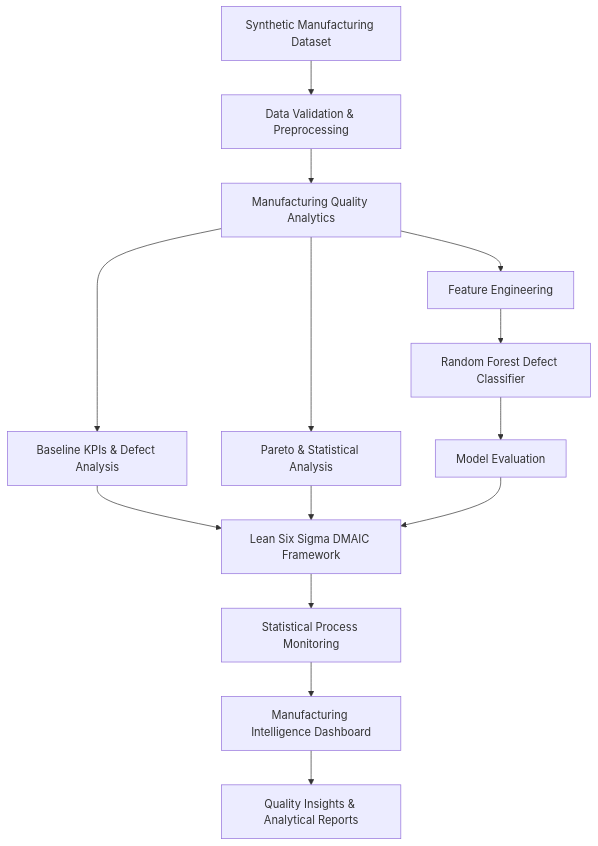
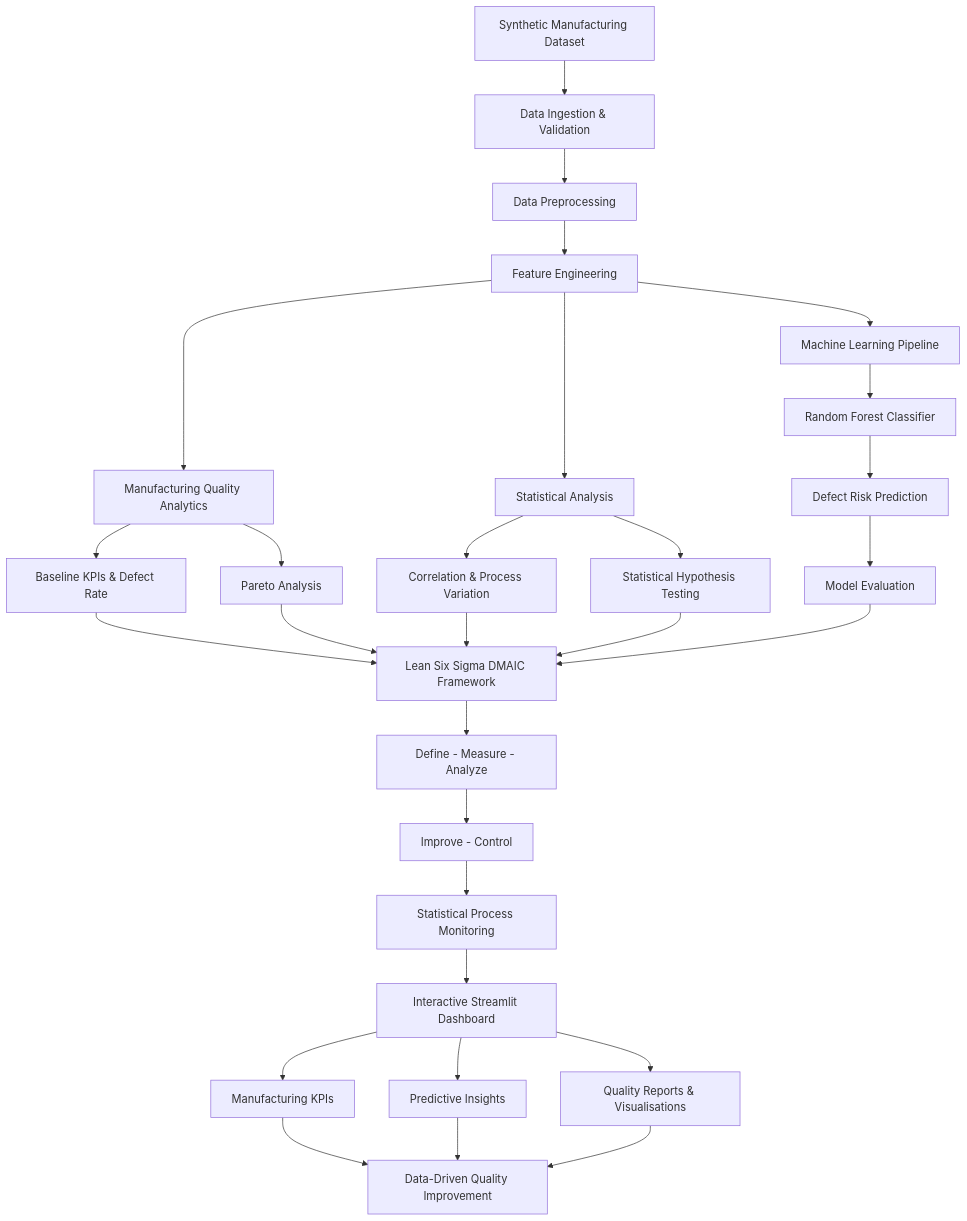
The diagram in README.md (Riyaz077/AI-Driven-Manufacturing-Process-Optimization-Analytics), drawn with Mermaid before and after one commit. The commit also changed other lines of this file, not shown here.

````diff
--- a/README.md
+++ b/README.md
@@ -34,16 +38,41 @@
 ```mermaid
 flowchart TD
-    A["Synthetic Manufacturing Dataset"] --> B["Data Validation & Preprocessing"]
-    B --> C["Manufacturing Quality Analytics"]
-    C --> D["Baseline KPIs & Defect Analysis"]
-    C --> E["Pareto & Statistical Analysis"]
-    C --> F["Feature Engineering"]
-    F --> G["Random Forest Defect Classifier"]
-    G --> H["Model Evaluation"]
-    D --> I["Lean Six Sigma DMAIC Framework"]
-    E --> I
-    H --> I
-    I --> J["Statistical Process Monitoring"]
-    J --> K["Manufacturing Intelligence Dashboard"]
-    K --> L["Quality Insights & Analytical Reports"]
+    A["Synthetic Manufacturing Dataset"] --> B["Data Ingestion & Validation"]
+
+    B --> C["Data Preprocessing"]
+    C --> D["Feature Engineering"]
+
+    D --> E["Manufacturing Quality Analytics"]
+    D --> F["Statistical Analysis"]
+    D --> G["Machine Learning Pipeline"]
+
+    E --> H["Baseline KPIs & Defect Rate"]
+    E --> I["Pareto Analysis"]
+
+    F --> J["Correlation & Process Variation"]
+    F --> K["Statistical Hypothesis Testing"]
+
+    G --> L["Random Forest Classifier"]
+    L --> M["Defect Risk Prediction"]
+    M --> N["Model Evaluation"]
+
+    H --> O["Lean Six Sigma DMAIC Framework"]
+    I --> O
+    J --> O
+    K --> O
+    N --> O
+
+    O --> P["Define - Measure - Analyze"]
+    P --> Q["Improve - Control"]
+
+    Q --> R["Statistical Process Monitoring"]
+    R --> S["Interactive Streamlit Dashboard"]
+
+    S --> T["Manufacturing KPIs"]
+    S --> U["Predictive Insights"]
+    S --> V["Quality Reports & Visualisations"]
+
+    T --> W["Data-Driven Quality Improvement"]
+    U --> W
+    V --> W
 ```
````
